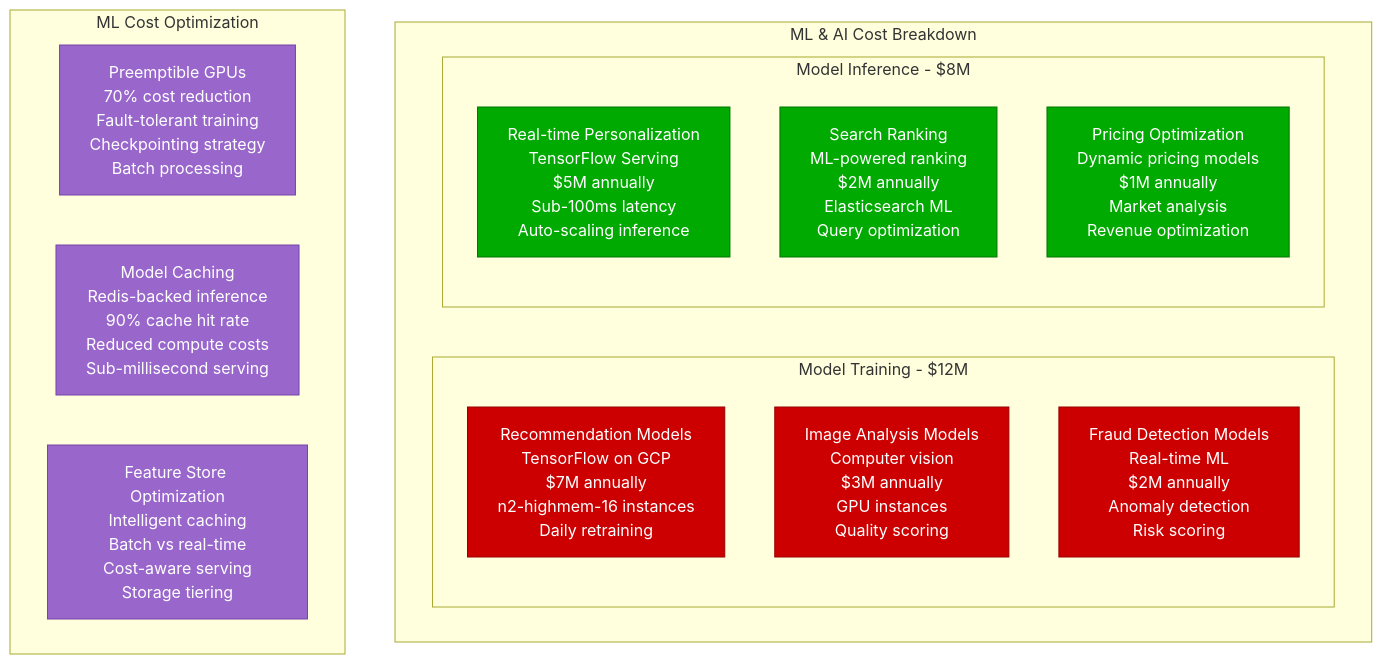
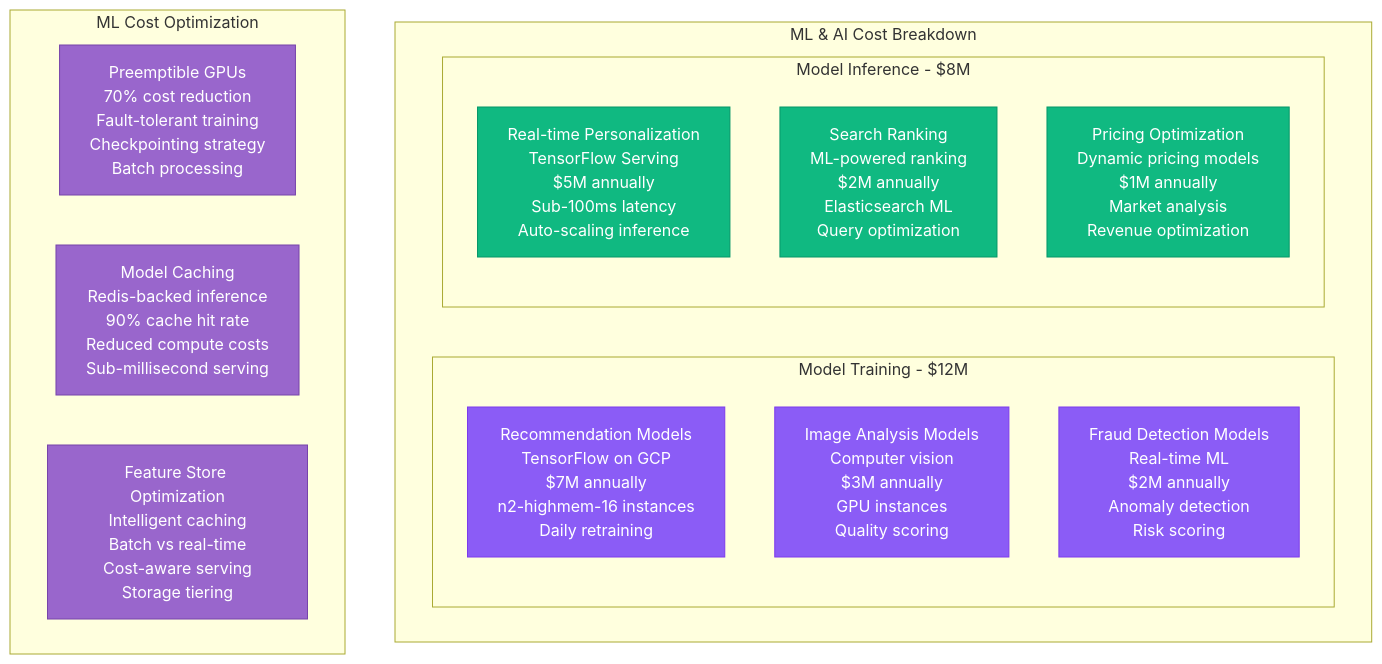
The fifth of 6 diagrams in site/docs/systems/airbnb/cost-breakdown.md (deepaucksharma/DS), drawn with Mermaid before and after one commit. The commit also changed other lines of this file and 303 other files, not shown here.

````diff
--- a/site/docs/systems/airbnb/cost-breakdown.md
+++ b/site/docs/systems/airbnb/cost-breakdown.md
@@ -236,37 +236,37 @@
 ```mermaid
 graph TB
     subgraph MLBreakdown[ML & AI Cost Breakdown]
         subgraph ModelTraining[Model Training - $12M]
             RecommendationTraining[Recommendation Models<br/>TensorFlow on GCP<br/>$7M annually<br/>n2-highmem-16 instances<br/>Daily retraining]
 
             ImageAnalysis[Image Analysis Models<br/>Computer vision<br/>$3M annually<br/>GPU instances<br/>Quality scoring]
 
             FraudDetection[Fraud Detection Models<br/>Real-time ML<br/>$2M annually<br/>Anomaly detection<br/>Risk scoring]
         end
 
         subgraph ModelInference[Model Inference - $8M]
             RealTimePersonalization[Real-time Personalization<br/>TensorFlow Serving<br/>$5M annually<br/>Sub-100ms latency<br/>Auto-scaling inference]
 
             SearchRanking[Search Ranking<br/>ML-powered ranking<br/>$2M annually<br/>Elasticsearch ML<br/>Query optimization]
 
             PricingOptimization[Pricing Optimization<br/>Dynamic pricing models<br/>$1M annually<br/>Market analysis<br/>Revenue optimization]
         end
     end
 
     %% ML cost optimization strategies
     subgraph MLOptimization[ML Cost Optimization]
         PreemptibleGPUs[Preemptible GPUs<br/>70% cost reduction<br/>Fault-tolerant training<br/>Checkpointing strategy<br/>Batch processing]
 
         ModelCaching[Model Caching<br/>Redis-backed inference<br/>90% cache hit rate<br/>Reduced compute costs<br/>Sub-millisecond serving]
 
         FeatureStoreOptimization[Feature Store Optimization<br/>Intelligent caching<br/>Batch vs real-time<br/>Cost-aware serving<br/>Storage tiering]
     end
 
-    classDef trainingStyle fill:#CC0000,stroke:#990000,color:#fff
-    classDef inferenceStyle fill:#00AA00,stroke:#007700,color:#fff
+    classDef trainingStyle fill:#8B5CF6,stroke:#7C3AED,color:#fff
+    classDef inferenceStyle fill:#10B981,stroke:#059669,color:#fff
     classDef optimizationStyle fill:#9966CC,stroke:#7744AA,color:#fff
 
     class RecommendationTraining,ImageAnalysis,FraudDetection trainingStyle
     class RealTimePersonalization,SearchRanking,PricingOptimization inferenceStyle
     class PreemptibleGPUs,ModelCaching,FeatureStoreOptimization optimizationStyle
 ```
````
